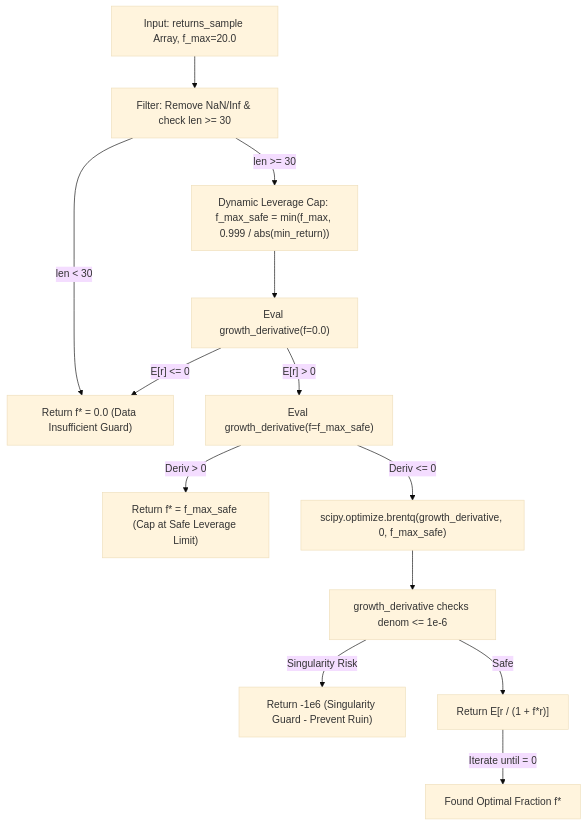
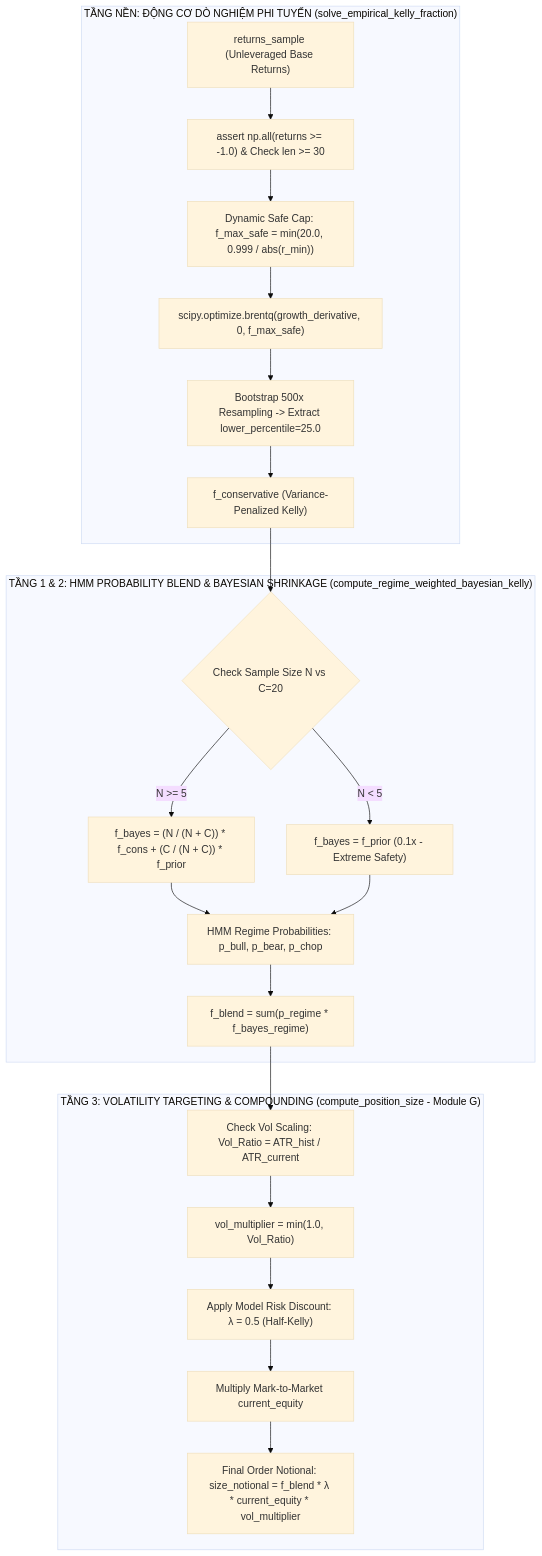
One commit to hoangcongly/1907TacticalAI changed the fourth of 14 diagrams in docs/engineering_audit_and_explanation_report.md. Above: the diagram before and after it, drawn with Mermaid (base theme). The commit also changed other lines of this file, not shown here.

Commit message:
docs(audit): upgrade sizing architecture to 3-layer Bayesian Kelly v11.9, clarify Gross vs Net funding separation, and add Module J Circuit Breaker to master pipeline diagram

````diff
--- a/docs/engineering_audit_and_explanation_report.md
+++ b/docs/engineering_audit_and_explanation_report.md
@@ -368,18 +271,28 @@
 ```mermaid
 flowchart TD
-    Input["Input: returns_sample Array, f_max=20.0"] --> Filter["Filter: Remove NaN/Inf & check len >= 30"]
-    Filter -->|len < 30| ReturnZero["Return f* = 0.0 (Data Insufficient Guard)"]
-    Filter -->|len >= 30| DynCap["Dynamic Leverage Cap: f_max_safe = min(f_max, 0.999 / abs(min_return))"]
-    
-    DynCap --> EvalZero["Eval growth_derivative(f=0.0)"]
-    EvalZero -->|"E[r] <= 0"| ReturnZero
-    EvalZero -->|"E[r] > 0"| EvalMax["Eval growth_derivative(f=f_max_safe)"]
-    
-    EvalMax -->|Deriv > 0| ReturnMax["Return f* = f_max_safe (Cap at Safe Leverage Limit)"]
-    EvalMax -->|Deriv <= 0| Brentq["scipy.optimize.brentq(growth_derivative, 0, f_max_safe)"]
-    
-    Brentq --> CheckSing["growth_derivative checks denom <= 1e-6"]
-    CheckSing -->|Singularity Risk| Penalty["Return -1e6 (Singularity Guard - Prevent Ruin)"]
-    CheckSing -->|Safe| Mean["Return E[r / (1 + f*r)]"]
-    Mean -->|Iterate until = 0| Optimal["Found Optimal Fraction f*"]
+    subgraph Layer0["TẦNG NỀN: ĐỘNG CƠ DÒ NGHIỆM PHI TUYẾN (solve_empirical_kelly_fraction)"]
+        RawRet["returns_sample (Unleveraged Base Returns)"] --> SingCheck["assert np.all(returns >= -1.0) & Check len >= 30"]
+        SingCheck --> DynCap["Dynamic Safe Cap: f_max_safe = min(20.0, 0.999 / abs(r_min))"]
+        DynCap --> Brentq["scipy.optimize.brentq(growth_derivative, 0, f_max_safe)"]
+        Brentq --> Boot["Bootstrap 500x Resampling -> Extract lower_percentile=25.0"]
+        Boot --> FCons["f_conservative (Variance-Penalized Kelly)"]
+    end
+
+    subgraph Layer1_2["TẦNG 1 & 2: HMM PROBABILITY BLEND & BAYESIAN SHRINKAGE (compute_regime_weighted_bayesian_kelly)"]
+        FCons --> Shrink{"Check Sample Size N vs C=20"}
+        Shrink -->|N < 5| Prior["f_bayes = f_prior (0.1x - Extreme Safety)"]
+        Shrink -->|N >= 5| EmpiricalBayes["f_bayes = (N / (N + C)) * f_cons + (C / (N + C)) * f_prior"]
+        
+        EmpiricalBayes --> ProbBlend["HMM Regime Probabilities: p_bull, p_bear, p_chop"]
+        Prior --> ProbBlend
+        ProbBlend --> FBlend["f_blend = sum(p_regime * f_bayes_regime)"]
+    end
+
+    subgraph Layer3["TẦNG 3: VOLATILITY TARGETING & COMPOUNDING (compute_position_size - Module G)"]
+        FBlend --> VolRatio["Check Vol Scaling: Vol_Ratio = ATR_hist / ATR_current"]
+        VolRatio --> Clamp["vol_multiplier = min(1.0, Vol_Ratio)"]
+        Clamp --> HalfKelly["Apply Model Risk Discount: λ = 0.5 (Half-Kelly)"]
+        HalfKelly --> Eq["Multiply Mark-to-Market current_equity"]
+        Eq --> Notional["Final Order Notional: size_notional = f_blend * λ * current_equity * vol_multiplier"]
+    end
 ```
````
